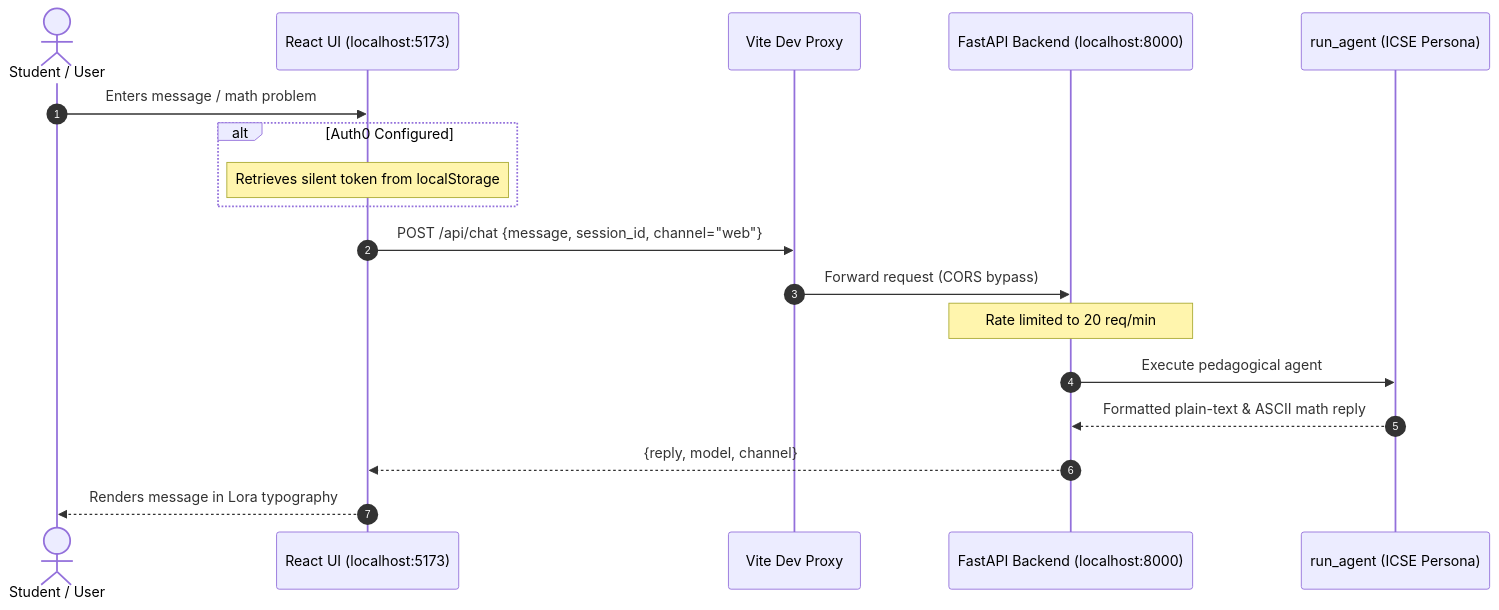
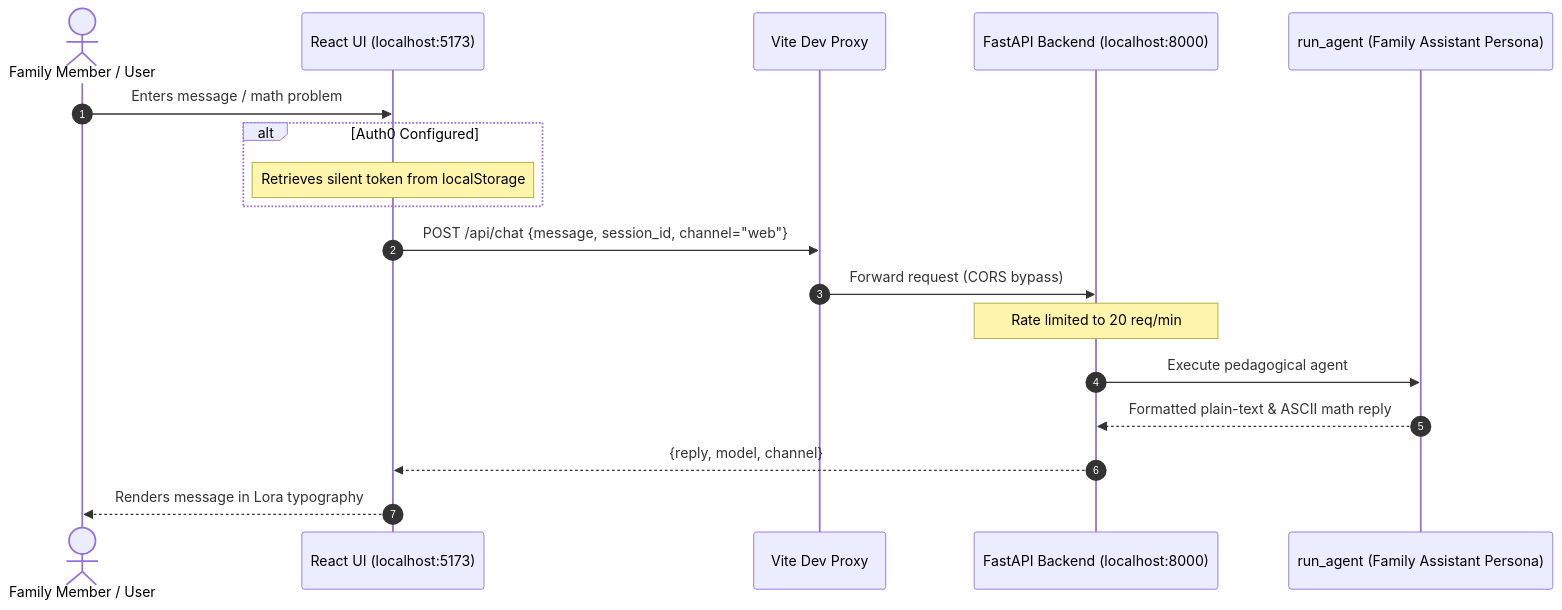
One commit to AmritSDutta/Aryhant changed the diagram in docs/web-ui.mdx. Above: the diagram before and after it, drawn with Mermaid. The commit also changed other lines of this file and 29 other files, not shown here.

````diff
--- a/docs/web-ui.mdx
+++ b/docs/web-ui.mdx
@@ -18,20 +18,20 @@
 ```mermaid
 sequenceDiagram
     autonumber
-    actor Student as Student / User
+    actor Student as Family Member / User
     participant UI as React UI (localhost:5173)
     participant Proxy as Vite Dev Proxy
     participant Backend as FastAPI Backend (localhost:8000)
-    participant Runner as run_agent (ICSE Persona)
+    participant Runner as run_agent (Family Assistant Persona)
     Student->>UI: Enters message / math problem
     alt Auth0 Configured
         Note over UI: Retrieves silent token from localStorage
     end
     UI->>Proxy: POST /api/chat {message, session_id, channel="web"}
     Proxy->>Backend: Forward request (CORS bypass)
     Note over Backend: Rate limited to 20 req/min
     Backend->>Runner: Execute pedagogical agent
     Runner-->>Backend: Formatted plain-text & ASCII math reply
     Backend-->>UI: {reply, model, channel}
     UI-->>Student: Renders message in Lora typography
 ```
````
